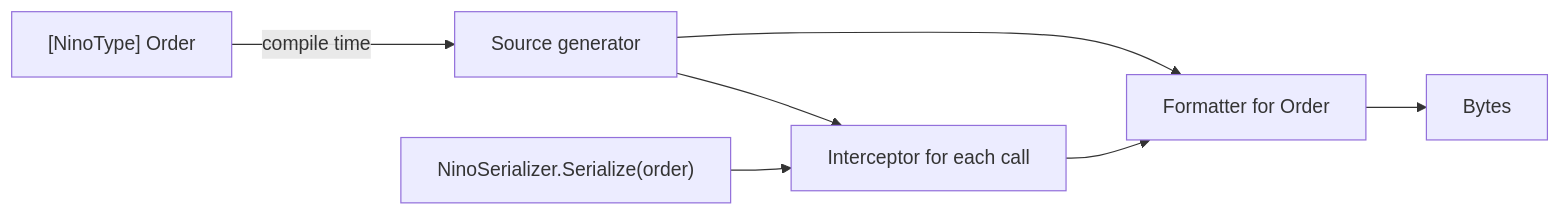
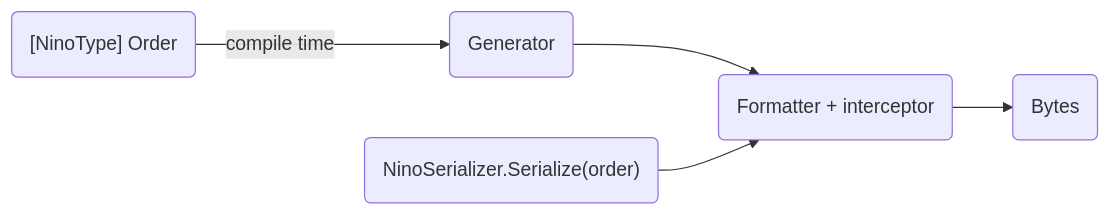
The diagram in content/docs/v4/index.mdx (JasonXuDeveloper/Nino.Docs), drawn with Mermaid before and after one commit. The commit also changed 14 other files, not shown here.

First line of the commit message:
docs(v4): compact diagrams, decision trees as tables, a 420px cap

````diff
--- a/content/docs/v4/index.mdx
+++ b/content/docs/v4/index.mdx
@@ -31,9 +31,7 @@
 ```mermaid
 flowchart LR
-  T["[NinoType] Order"] -->|compile time| G[Source generator]
-  G --> F[Formatter for Order]
-  G --> I[Interceptor for each call]
-  C["NinoSerializer.Serialize(order)"] --> I
-  I --> F
-  F --> B[Bytes]
+  T("[NinoType] Order") -->|compile time| G(Generator)
+  G --> F(Formatter + interceptor)
+  C("NinoSerializer.Serialize(order)") --> F
+  F --> B(Bytes)
 ```
````
